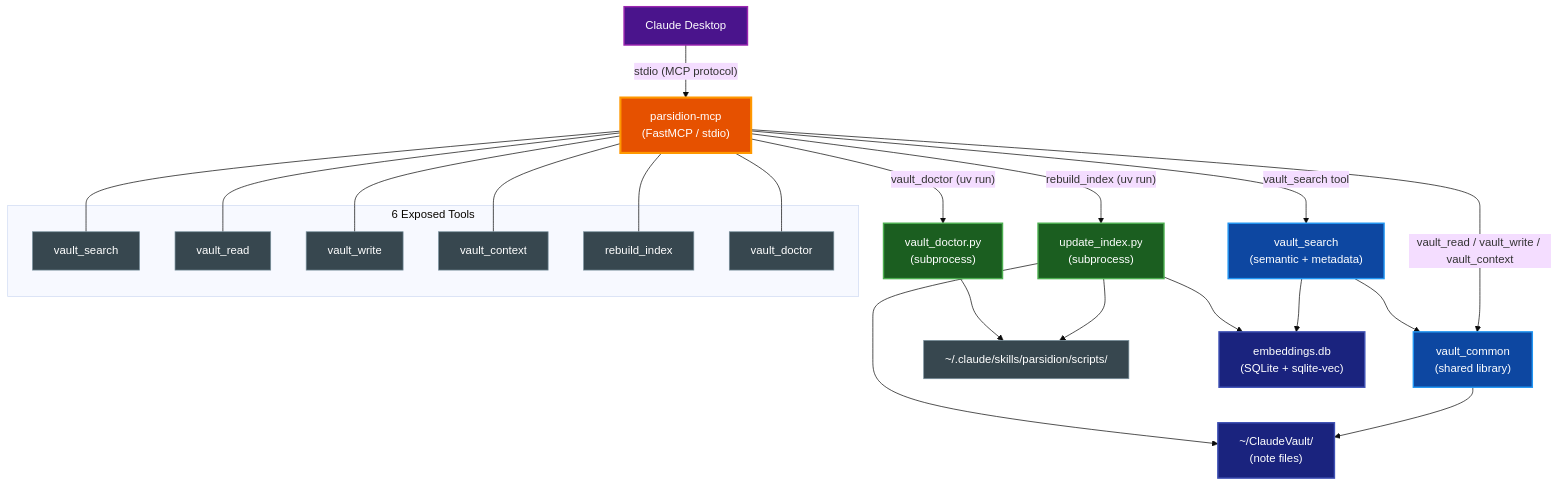
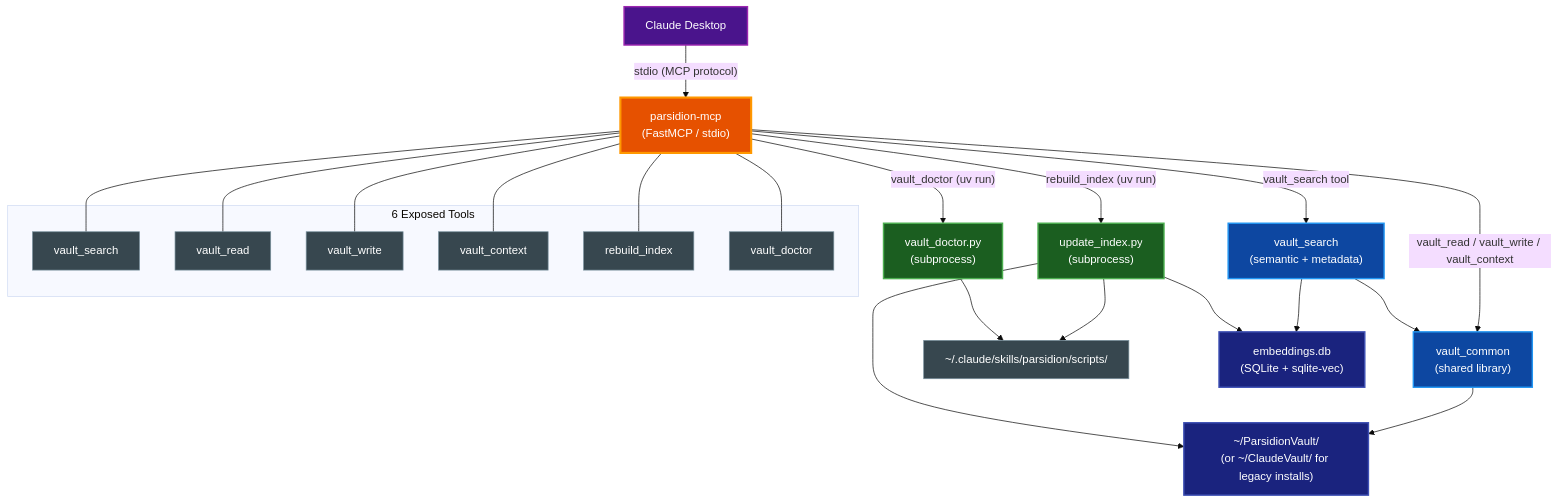
One commit to paulrobello/parsidion changed the diagram in docs/MCP.md. Above: the diagram before and after it, drawn with Mermaid (base theme). The commit also changed other lines of this file and 63 other files, not shown here.

First line of the commit message:
fix: resolve remaining audit issues (security/architecture/quality/docs)

````diff
--- a/docs/MCP.md
+++ b/docs/MCP.md
@@ -48,57 +48,57 @@
 ```mermaid
 graph TD
     Desktop["Claude Desktop"]
     MCP["parsidion-mcp\n(FastMCP / stdio)"]
     VaultSearch["vault_search\n(semantic + metadata)"]
     VaultCommon["vault_common\n(shared library)"]
     ScriptsDir["~/.claude/skills/parsidion/scripts/"]
     UpdateIndex["update_index.py\n(subprocess)"]
     VaultDoctor["vault_doctor.py\n(subprocess)"]
     EmbeddingsDB["embeddings.db\n(SQLite + sqlite-vec)"]
-    VaultRoot["~/ClaudeVault/\n(note files)"]
+    VaultRoot["~/ParsidionVault/\n(or ~/ClaudeVault/ for legacy installs)"]
 
     Desktop -->|"stdio (MCP protocol)"| MCP
 
     MCP -->|"vault_search tool"| VaultSearch
     MCP -->|"vault_read / vault_write / vault_context"| VaultCommon
     MCP -->|"rebuild_index (uv run)"| UpdateIndex
     MCP -->|"vault_doctor (uv run)"| VaultDoctor
 
     VaultSearch --> EmbeddingsDB
     VaultSearch --> VaultCommon
     VaultCommon --> VaultRoot
     UpdateIndex --> ScriptsDir
     VaultDoctor --> ScriptsDir
     UpdateIndex --> EmbeddingsDB
     UpdateIndex --> VaultRoot
 
     subgraph "6 Exposed Tools"
         T1["vault_search"]
         T2["vault_read"]
         T3["vault_write"]
         T4["vault_context"]
         T5["rebuild_index"]
         T6["vault_doctor"]
     end
 
     MCP --- T1
     MCP --- T2
     MCP --- T3
     MCP --- T4
     MCP --- T5
     MCP --- T6
 
     class Desktop external
     class MCP primary
     class VaultSearch,VaultCommon data
     class ScriptsDir,T1,T2,T3,T4,T5,T6 neutral
     class UpdateIndex,VaultDoctor active
     class EmbeddingsDB,VaultRoot database
 
     classDef primary fill:#e65100,stroke:#ff9800,stroke-width:3px,color:#ffffff
     classDef active fill:#1b5e20,stroke:#4caf50,stroke-width:2px,color:#ffffff
     classDef database fill:#1a237e,stroke:#3f51b5,stroke-width:2px,color:#ffffff
     classDef external fill:#4a148c,stroke:#9c27b0,stroke-width:2px,color:#ffffff
     classDef data fill:#0d47a1,stroke:#2196f3,stroke-width:2px,color:#ffffff
     classDef neutral fill:#37474f,stroke:#78909c,stroke-width:1px,color:#ffffff
 ```
````
